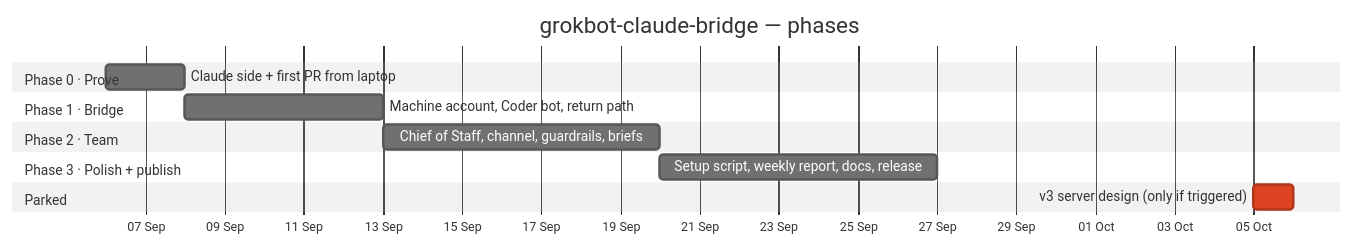
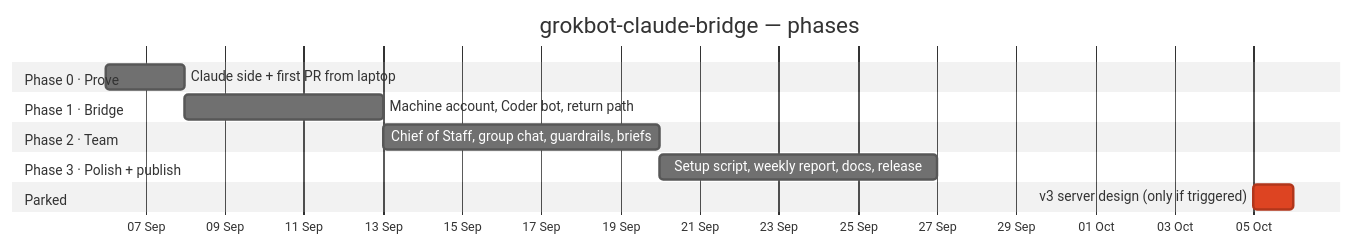
The diagram in docs/06-roadmap.md (mathew-builds/Handoff), drawn with Mermaid (neutral theme) before and after one commit. The commit also changed other lines of this file and 8 other files, not shown here.

````diff
--- a/docs/06-roadmap.md
+++ b/docs/06-roadmap.md
@@ -3,16 +3,16 @@
 ```mermaid
 gantt
     title grokbot-claude-bridge — phases
     dateFormat  YYYY-MM-DD
     axisFormat  %d %b
     section Phase 0 · Prove
     Claude side + first PR from laptop         :p0, 2026-09-06, 2d
     section Phase 1 · Bridge
     Machine account, Coder bot, return path    :p1, after p0, 5d
     section Phase 2 · Team
-    Chief of Staff, channel, guardrails, briefs :p2, after p1, 7d
+    Chief of Staff, group chat, guardrails, briefs :p2, after p1, 7d
     section Phase 3 · Polish + publish
     Setup script, weekly report, docs, release  :p3, after p2, 7d
     section Parked
     v3 server design (only if triggered)        :crit, 2026-10-05, 1d
 ```
````
